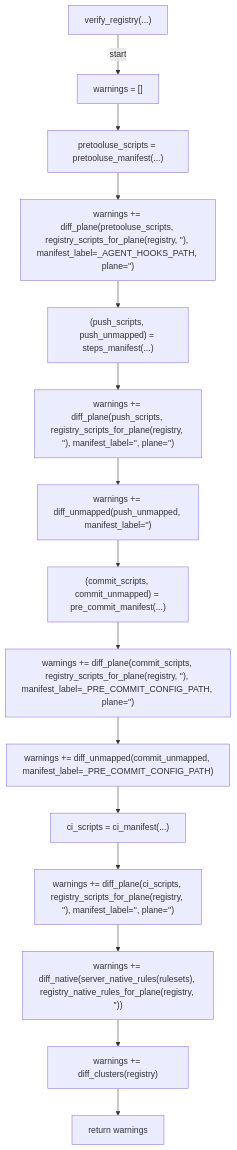
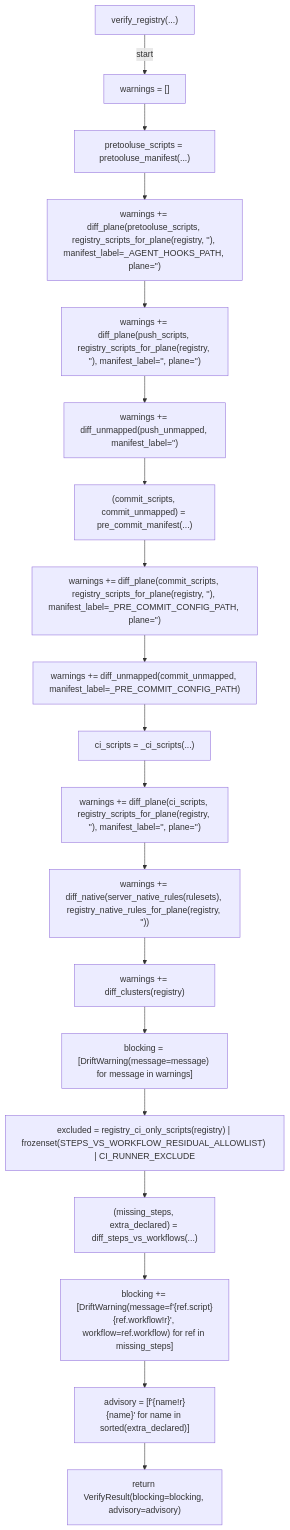
Diagram 21 of 24 in docs/generated/scripts/ast/scan_ssot_drift.md (tvna/claude-md), drawn with Mermaid before and after one commit. The commit also changed other lines of this file and 12 other files, not shown here.

First line of the commit message:
docs(generated): regenerate decision tree and workflow diagrams

````diff
--- a/docs/generated/scripts/ast/scan_ssot_drift.md
+++ b/docs/generated/scripts/ast/scan_ssot_drift.md
@@ -235,32 +255,40 @@
 ```mermaid
 flowchart TD
     N001["verify_registry(...)"]
     N002["warnings = []"]
     N003["pretooluse_scripts = pretooluse_manifest(...)"]
     N004["warnings += diff_plane(pretooluse_scripts, registry_scripts_for_plane(registry, '<str>'), manifest_label=_AGENT_HOOKS_PATH, plane='<str>')"]
-    N005["(push_scripts, push_unmapped) = steps_manifest(...)"]
-    N006["warnings += diff_plane(push_scripts, registry_scripts_for_plane(registry, '<str>'), manifest_label='<str>', plane='<str>')"]
-    N007["warnings += diff_unmapped(push_unmapped, manifest_label='<str>')"]
-    N008["(commit_scripts, commit_unmapped) = pre_commit_manifest(...)"]
-    N009["warnings += diff_plane(commit_scripts, registry_scripts_for_plane(registry, '<str>'), manifest_label=_PRE_COMMIT_CONFIG_PATH, plane='<str>')"]
-    N010["warnings += diff_unmapped(commit_unmapped, manifest_label=_PRE_COMMIT_CONFIG_PATH)"]
-    N011["ci_scripts = ci_manifest(...)"]
-    N012["warnings += diff_plane(ci_scripts, registry_scripts_for_plane(registry, '<str>'), manifest_label='<str>', plane='<str>')"]
-    N013["warnings += diff_native(server_native_rules(rulesets), registry_native_rules_for_plane(registry, '<str>'))"]
-    N014["warnings += diff_clusters(registry)"]
-    N015["return warnings"]
+    N005["warnings += diff_plane(push_scripts, registry_scripts_for_plane(registry, '<str>'), manifest_label='<str>', plane='<str>')"]
+    N006["warnings += diff_unmapped(push_unmapped, manifest_label='<str>')"]
+    N007["(commit_scripts, commit_unmapped) = pre_commit_manifest(...)"]
+    N008["warnings += diff_plane(commit_scripts, registry_scripts_for_plane(registry, '<str>'), manifest_label=_PRE_COMMIT_CONFIG_PATH, plane='<str>')"]
+    N009["warnings += diff_unmapped(commit_unmapped, manifest_label=_PRE_COMMIT_CONFIG_PATH)"]
+    N010["ci_scripts = _ci_scripts(...)"]
+    N011["warnings += diff_plane(ci_scripts, registry_scripts_for_plane(registry, '<str>'), manifest_label='<str>', plane='<str>')"]
+    N012["warnings += diff_native(server_native_rules(rulesets), registry_native_rules_for_plane(registry, '<str>'))"]
+    N013["warnings += diff_clusters(registry)"]
+    N014["blocking = [DriftWarning(message=message) for message in warnings]"]
+    N015["excluded = registry_ci_only_scripts(registry) | frozenset(STEPS_VS_WORKFLOW_RESIDUAL_ALLOWLIST) | CI_RUNNER_EXCLUDE"]
+    N016["(missing_steps, extra_declared) = diff_steps_vs_workflows(...)"]
+    N017["blocking += [DriftWarning(message=f'<str>{ref.script}<str>{ref.workflow!r}<str>', workflow=ref.workflow) for ref in missing_steps]"]
+    N018["advisory = [f'<str>{name!r}<str>{name}<str>' for name in sorted(extra_declared)]"]
+    N019["return VerifyResult(blocking=blocking, advisory=advisory)"]
     N001 -->|"start"| N002
     N002 --> N003
     N003 --> N004
     N004 --> N005
     N005 --> N006
     N006 --> N007
     N007 --> N008
     N008 --> N009
     N009 --> N010
     N010 --> N011
     N011 --> N012
     N012 --> N013
     N013 --> N014
     N014 --> N015
+    N015 --> N016
+    N016 --> N017
+    N017 --> N018
+    N018 --> N019
 ```
````
